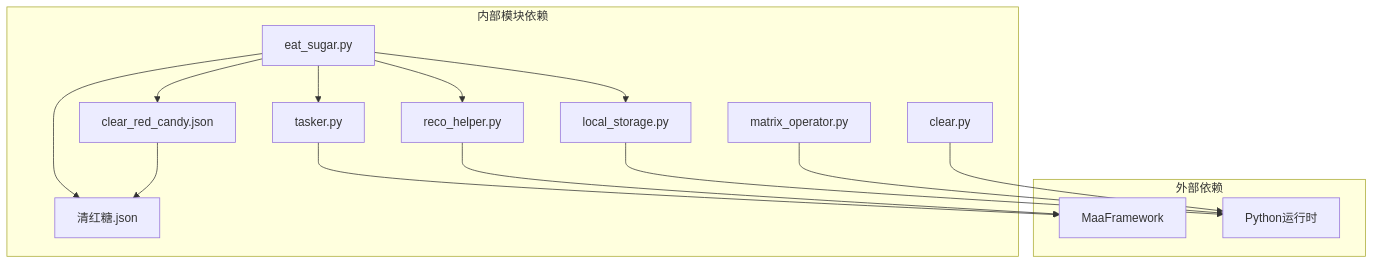
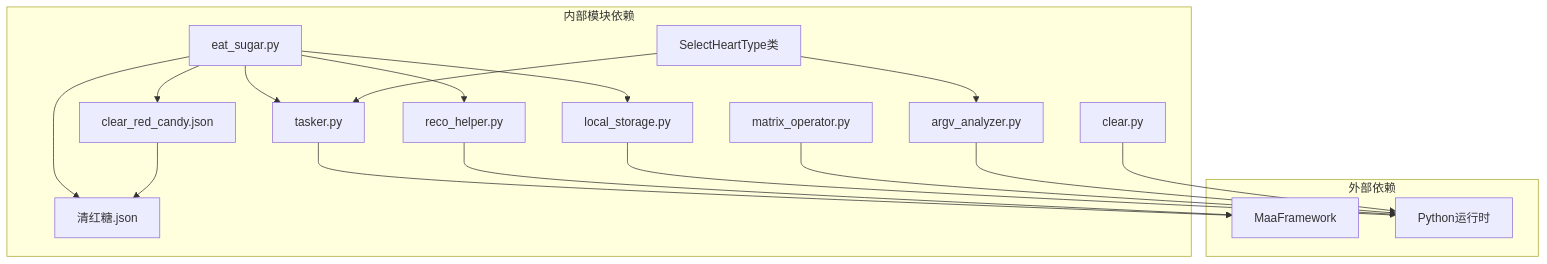
The seventh of 8 diagrams in .qoder/repowiki/zh/content/核心功能详解/日常任务功能/每日清红糖功能.md (kqcoxn/MaaDuDuL), drawn with Mermaid before and after one commit. The commit also changed other lines of this file and 12 other files, not shown here.

````diff
--- a/.qoder/repowiki/zh/content/核心功能详解/日常任务功能/每日清红糖功能.md
+++ b/.qoder/repowiki/zh/content/核心功能详解/日常任务功能/每日清红糖功能.md
@@ -329,28 +388,33 @@
 ```mermaid
 graph TB
 subgraph "外部依赖"
 MaaFramework[MaaFramework]
 Python[Python运行时]
 end
 subgraph "内部模块依赖"
 ClearSugar[eat_sugar.py]
+HeartType[SelectHeartType类]
 TaskConfig[clear_red_candy.json]
 Pipeline[清红糖.json]
 LocalStore[local_storage.py]
 RecoHelper[reco_helper.py]
 Tasker[tasker.py]
 MatrixOp[matrix_operator.py]
 Preprocess[clear.py]
+ParamAnalyzer[argv_analyzer.py]
 end
 ClearSugar --> Tasker
 ClearSugar --> RecoHelper
 ClearSugar --> LocalStore
 ClearSugar --> TaskConfig
 ClearSugar --> Pipeline
+HeartType --> ParamAnalyzer
+HeartType --> Tasker
+TaskConfig --> Pipeline
 Tasker --> MaaFramework
 RecoHelper --> MaaFramework
 LocalStore --> Python
 MatrixOp --> Python
-TaskConfig --> Pipeline
+ParamAnalyzer --> Python
 Preprocess --> Python
 ```
````
